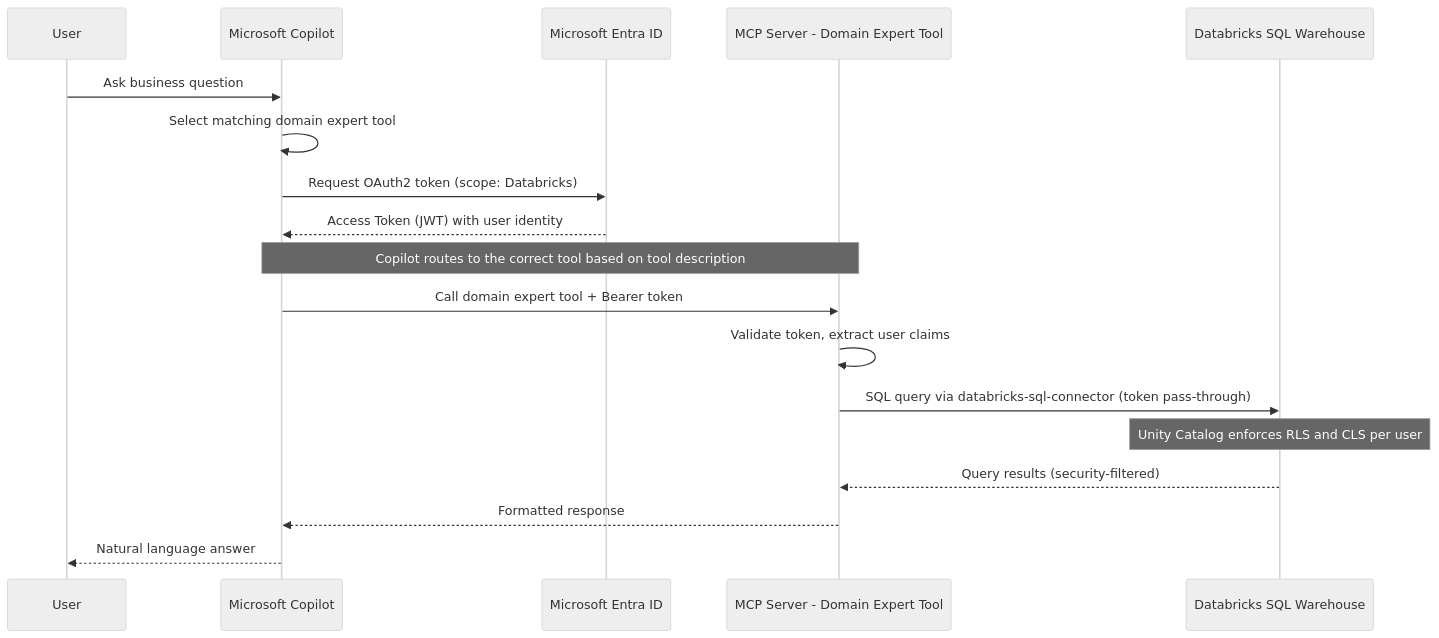
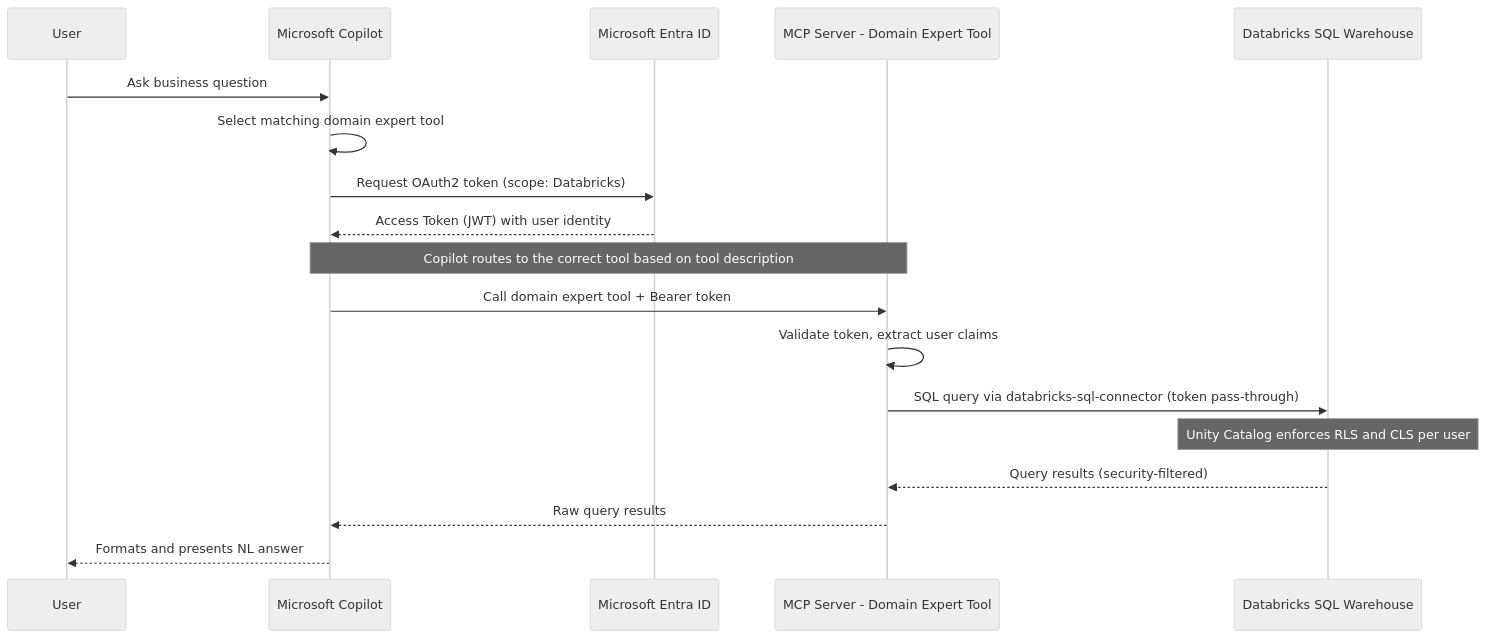
Before and after one commit to james-tn/dbx-mcp-copilot: the second of 5 diagrams in docs/architecture-design.md, drawn with Mermaid (neutral theme). The commit also changed other lines of this file, not shown here.

Commit message:
Update architecture: generic domain names, Copilot routing, raw results pattern

````diff
--- a/docs/architecture-design.md
+++ b/docs/architecture-design.md
@@ -101,25 +101,25 @@
 ```mermaid
 sequenceDiagram
     participant User
     participant Copilot as Microsoft Copilot
     participant Entra as Microsoft Entra ID
     participant MCP as MCP Server - Domain Expert Tool
     participant DBSQL as Databricks SQL Warehouse
 
     User->>Copilot: Ask business question
     Copilot->>Copilot: Select matching domain expert tool
     Copilot->>Entra: Request OAuth2 token (scope: Databricks)
     Entra-->>Copilot: Access Token (JWT) with user identity
 
     Note over Copilot,MCP: Copilot routes to the correct tool based on tool description
 
     Copilot->>MCP: Call domain expert tool + Bearer token
     MCP->>MCP: Validate token, extract user claims
     MCP->>DBSQL: SQL query via databricks-sql-connector (token pass-through)
     
     Note over DBSQL: Unity Catalog enforces RLS and CLS per user
 
     DBSQL-->>MCP: Query results (security-filtered)
-    MCP-->>Copilot: Formatted response
-    Copilot-->>User: Natural language answer
+    MCP-->>Copilot: Raw query results
+    Copilot-->>User: Formats and presents NL answer
 ```
````
